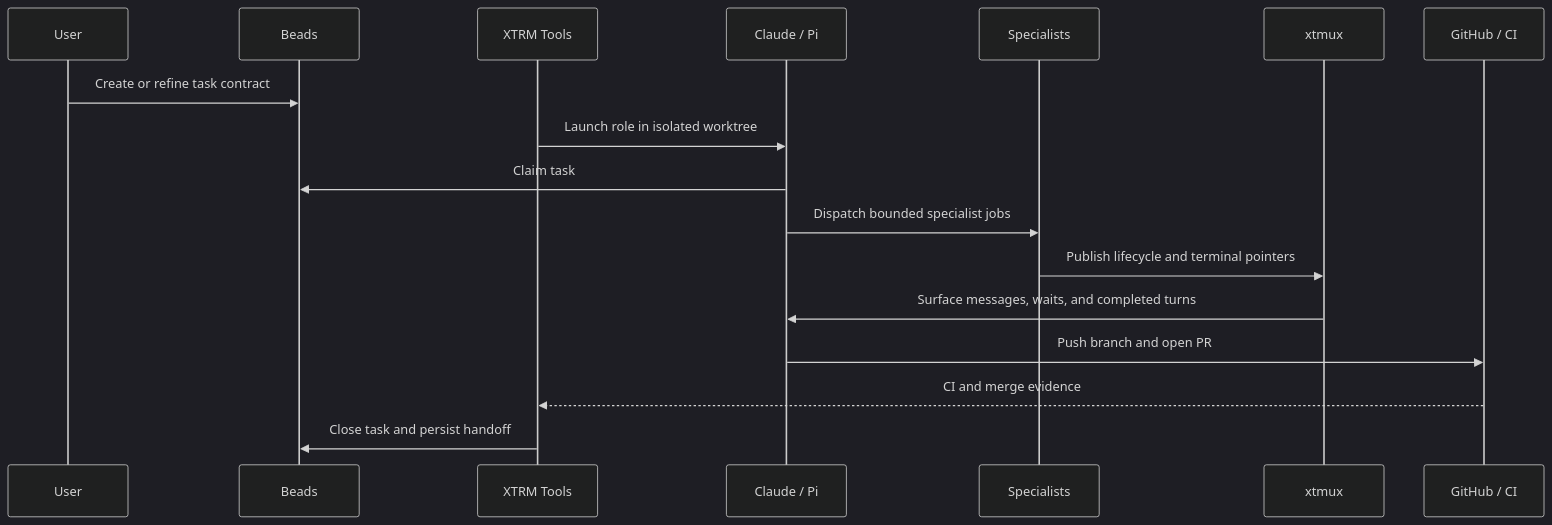
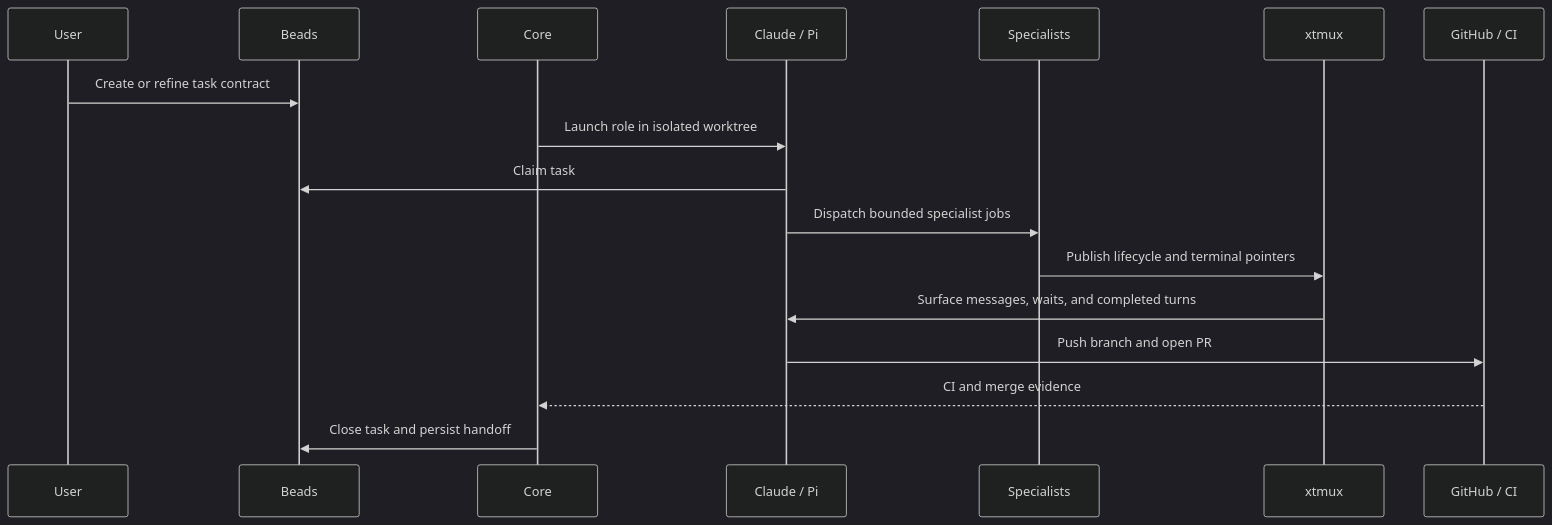
One commit to Jaggerxtrm/jaggers-agent-tools changed the second of 2 diagrams in README.md. Above: the diagram before and after it, drawn with Mermaid (dark theme). The commit also changed other lines of this file, not shown here.

Commit message:
docs(readme): use Core and XTRM naming

````diff
--- a/README.md
+++ b/README.md
@@ -217,20 +222,20 @@
 ```mermaid
 sequenceDiagram
     participant U as User
     participant B as Beads
-    participant C as XTRM Tools
+    participant C as Core
     participant A as Claude / Pi
     participant S as Specialists
     participant X as xtmux
     participant G as GitHub / CI
 
     U->>B: Create or refine task contract
     C->>A: Launch role in isolated worktree
     A->>B: Claim task
     A->>S: Dispatch bounded specialist jobs
     S->>X: Publish lifecycle and terminal pointers
     X->>A: Surface messages, waits, and completed turns
     A->>G: Push branch and open PR
     G-->>C: CI and merge evidence
     C->>B: Close task and persist handoff
 ```
````
